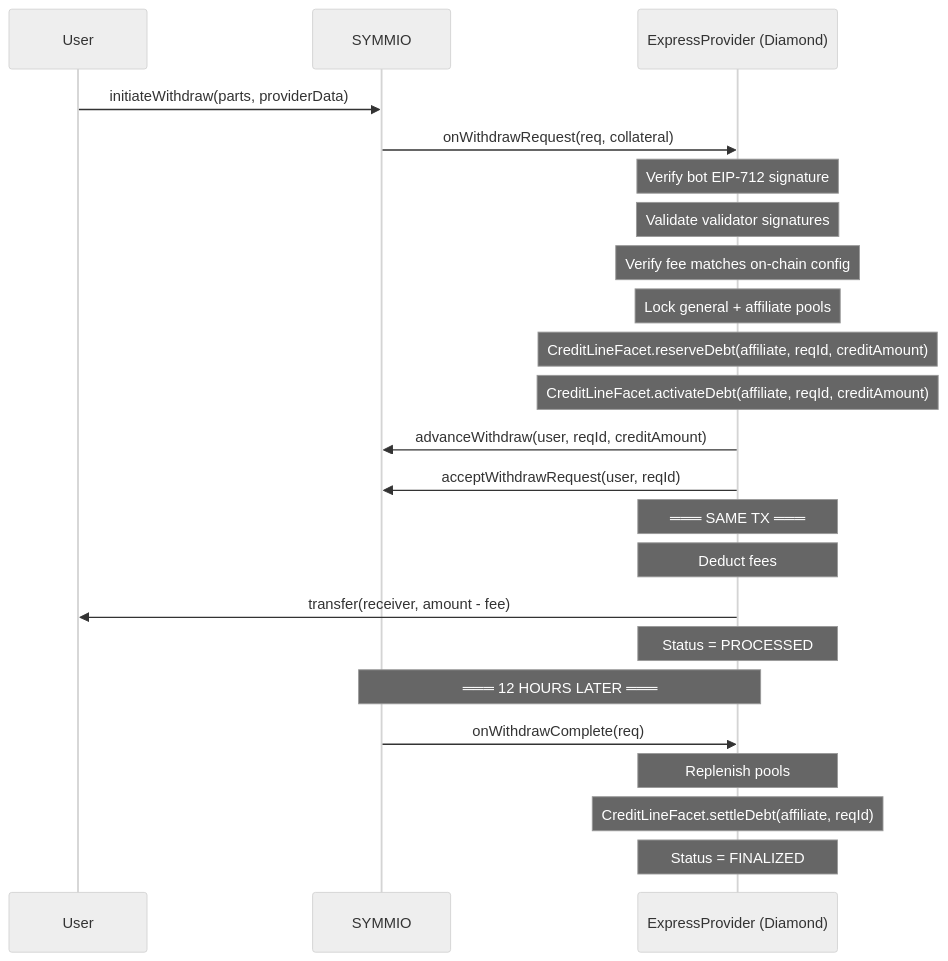
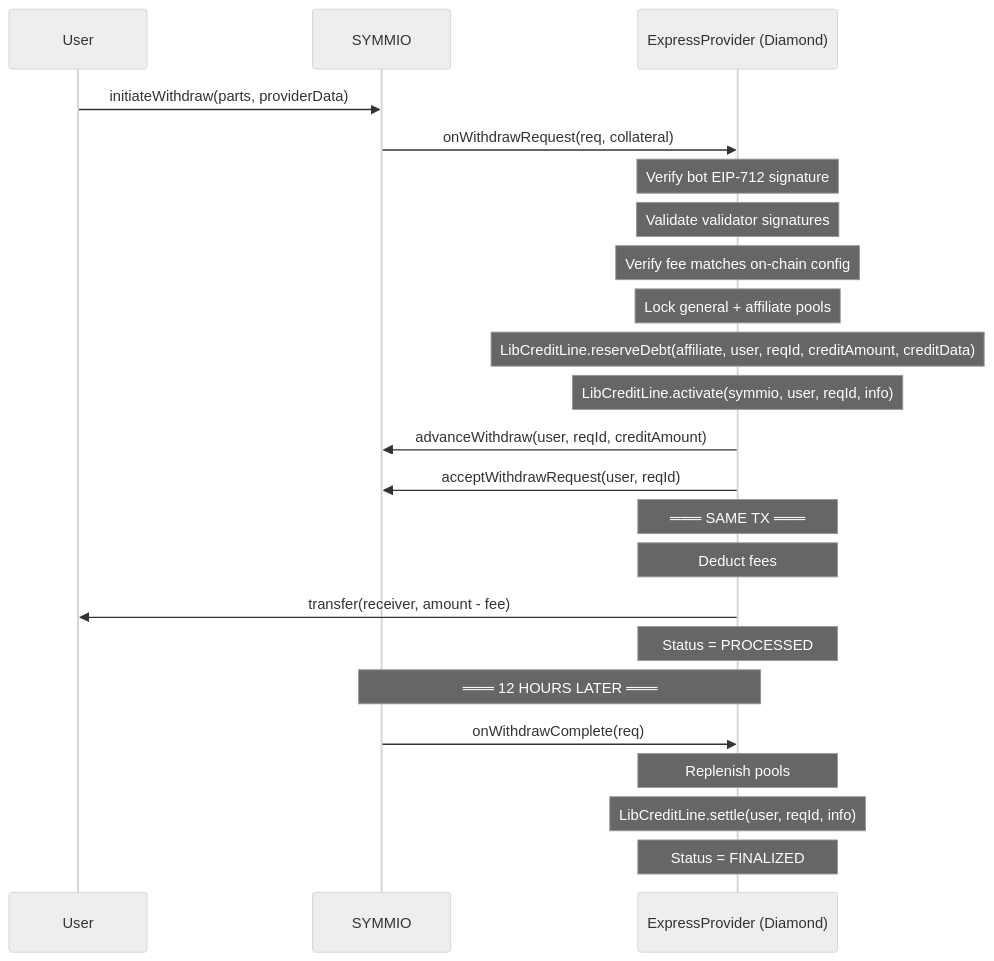
The ninth of 30 diagrams in docs/v0.8.6/express-bot-operations-checklist.md (SYMM-IO/perps-core), drawn with Mermaid (neutral theme) before and after one commit. The commit also changed other lines of this file and 1 other file, not shown here.

````diff
--- a/docs/v0.8.6/express-bot-operations-checklist.md
+++ b/docs/v0.8.6/express-bot-operations-checklist.md
@@ -929,29 +929,29 @@
 ```mermaid
 sequenceDiagram
     participant U as User
     participant S as SYMMIO
     participant EP as ExpressProvider (Diamond)
 
     U->>S: initiateWithdraw(parts, providerData)
     S->>EP: onWithdrawRequest(req, collateral)
 
     Note over EP: Verify bot EIP-712 signature
     Note over EP: Validate validator signatures
     Note over EP: Verify fee matches on-chain config
     Note over EP: Lock general + affiliate pools
-    Note over EP: CreditLineFacet.reserveDebt(affiliate, reqId, creditAmount)
-    Note over EP: CreditLineFacet.activateDebt(affiliate, reqId, creditAmount)
+    Note over EP: LibCreditLine.reserveDebt(affiliate, user, reqId, creditAmount, creditData)
+    Note over EP: LibCreditLine.activate(symmio, user, reqId, info)
     EP->>S: advanceWithdraw(user, reqId, creditAmount)
     EP->>S: acceptWithdrawRequest(user, reqId)
 
     Note over EP: ═══ SAME TX ═══
     Note over EP: Deduct fees
     EP->>U: transfer(receiver, amount - fee)
     Note over EP: Status = PROCESSED
 
     Note over EP,S: ═══ 12 HOURS LATER ═══
     S->>EP: onWithdrawComplete(req)
     Note over EP: Replenish pools
-    Note over EP: CreditLineFacet.settleDebt(affiliate, reqId)
+    Note over EP: LibCreditLine.settle(user, reqId, info)
     Note over EP: Status = FINALIZED
 ```
````
